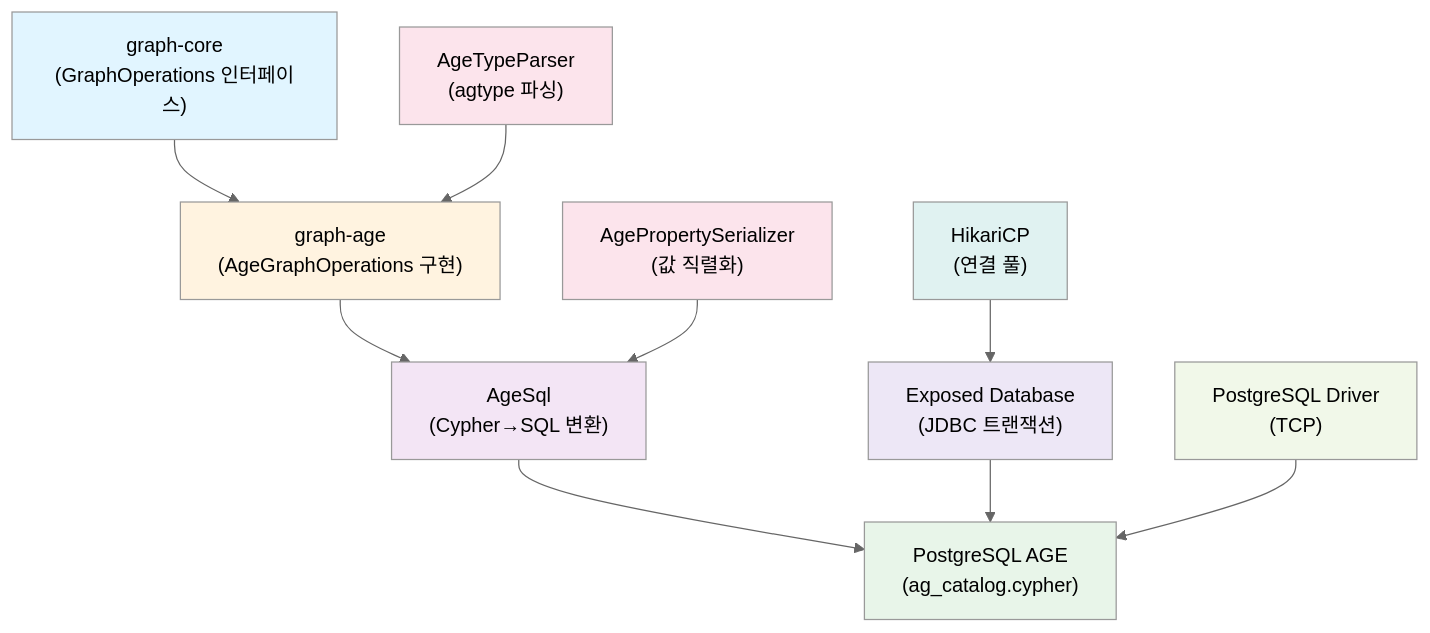
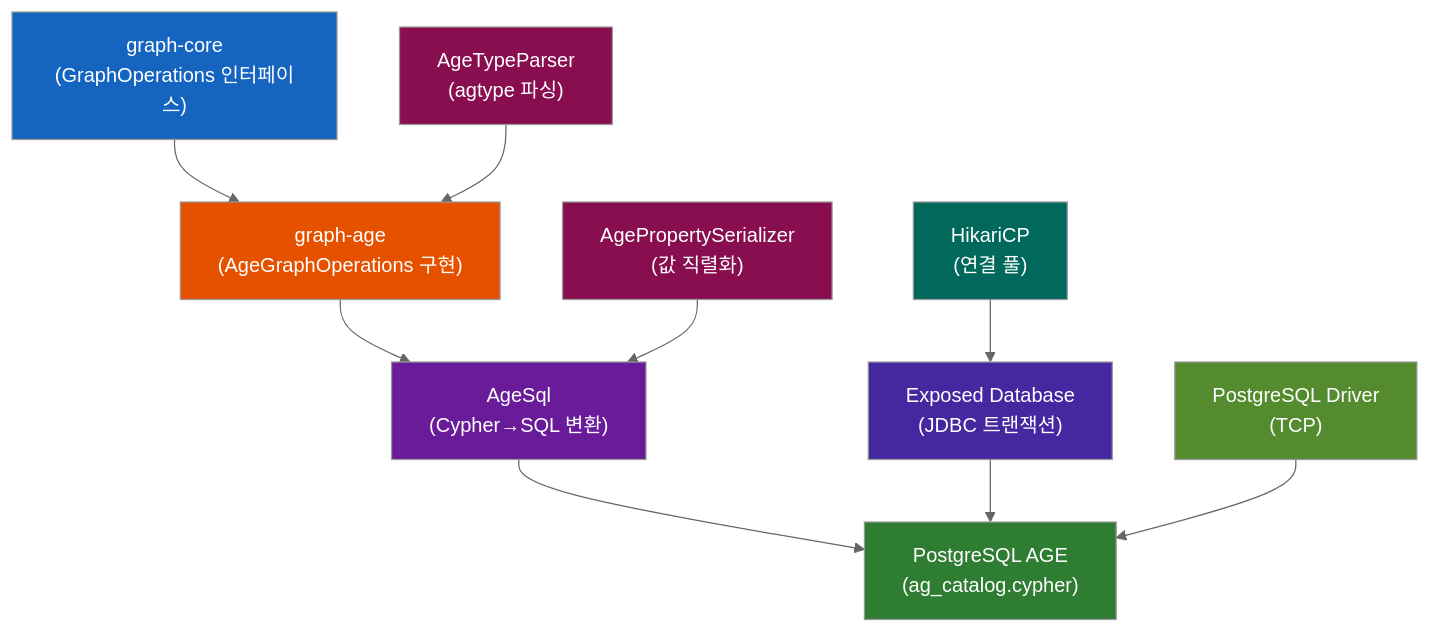
The first of 12 diagrams in graph/graph-age/README.md (bluetape4k/bluetape4k-experimental), drawn with Mermaid (neutral theme) before and after one commit. The commit also changed other lines of this file and 71 other files, not shown here.

First line of the commit message:
feat(graph): Memgraph, TinkerPop 백엔드 및 Neo4j/Memgraph/TinkerPop 예제 추가

````diff
--- a/graph/graph-age/README.md
+++ b/graph/graph-age/README.md
@@ -17,21 +17,21 @@
 ```mermaid
 graph TD
     A["graph-core<br/>(GraphOperations 인터페이스)"] --> B["graph-age<br/>(AgeGraphOperations 구현)"]
     B --> C["AgeSql<br/>(Cypher→SQL 변환)"]
     C --> D["PostgreSQL AGE<br/>(ag_catalog.cypher)"]
     E["AgePropertySerializer<br/>(값 직렬화)"] --> C
     F["AgeTypeParser<br/>(agtype 파싱)"] --> B
     G["Exposed Database<br/>(JDBC 트랜잭션)"] --> D
     H["HikariCP<br/>(연결 풀)"] --> G
     I["PostgreSQL Driver<br/>(TCP)"] --> D
 
-    style A fill:#e1f5ff
-    style B fill:#fff3e0
-    style C fill:#f3e5f5
-    style D fill:#e8f5e9
-    style E fill:#fce4ec
-    style F fill:#fce4ec
-    style G fill:#ede7f6
-    style H fill:#e0f2f1
-    style I fill:#f1f8e9
+    style A fill:#1565C0,color:#fff
+    style B fill:#E65100,color:#fff
+    style C fill:#6A1B9A,color:#fff
+    style D fill:#2E7D32,color:#fff
+    style E fill:#880E4F,color:#fff
+    style F fill:#880E4F,color:#fff
+    style G fill:#4527A0,color:#fff
+    style H fill:#00695C,color:#fff
+    style I fill:#558B2F,color:#fff
 ```
````
